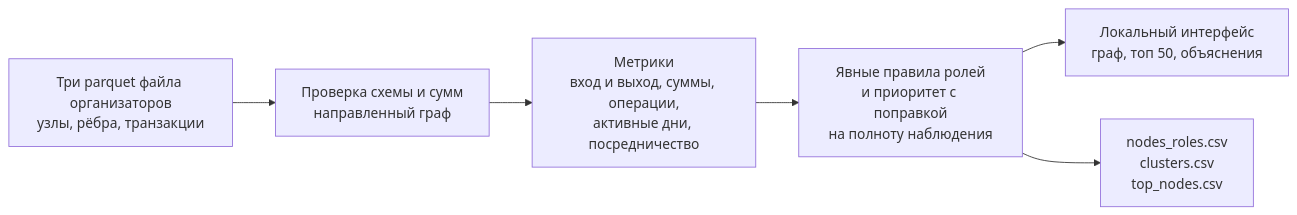
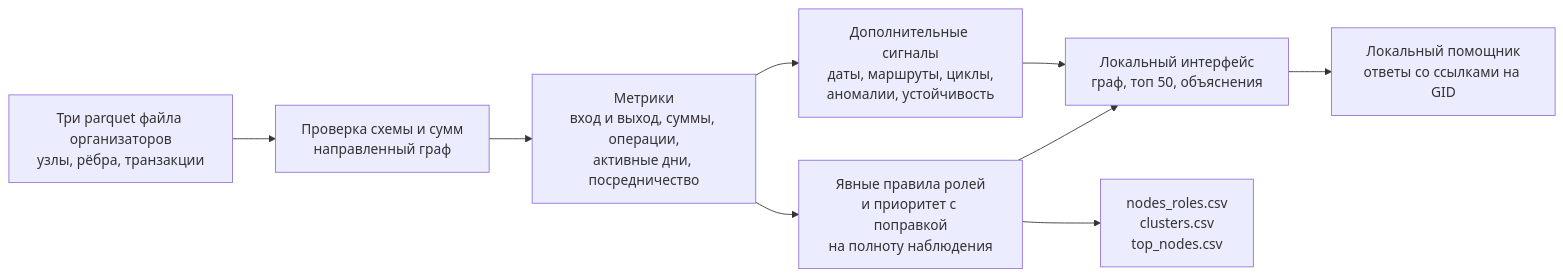
The diagram in SOLUTION.md (BAITC-Hacks/hack-d4a071e9-mydream), drawn with Mermaid before and after one commit. The commit also changed 11 other files, not shown here.

Commit message:
Add explainable optional graph signals and local analyst assistant

````diff
--- a/SOLUTION.md
+++ b/SOLUTION.md
@@ -3,8 +3,11 @@
 ```mermaid
 flowchart LR
     A[Три parquet файла организаторов<br/>узлы, рёбра, транзакции] --> B[Проверка схемы и сумм<br/>направленный граф]
     B --> C[Метрики<br/>вход и выход, суммы, операции,<br/>активные дни, посредничество]
     C --> D[Явные правила ролей<br/>и приоритет с поправкой<br/>на полноту наблюдения]
+    C --> G[Дополнительные сигналы<br/>даты, маршруты, циклы,<br/>аномалии, устойчивость]
     D --> E[Локальный интерфейс<br/>граф, топ 50, объяснения]
+    G --> E
+    E --> H[Локальный помощник<br/>ответы со ссылками на GID]
     D --> F[nodes_roles.csv<br/>clusters.csv<br/>top_nodes.csv]
 ```
````
